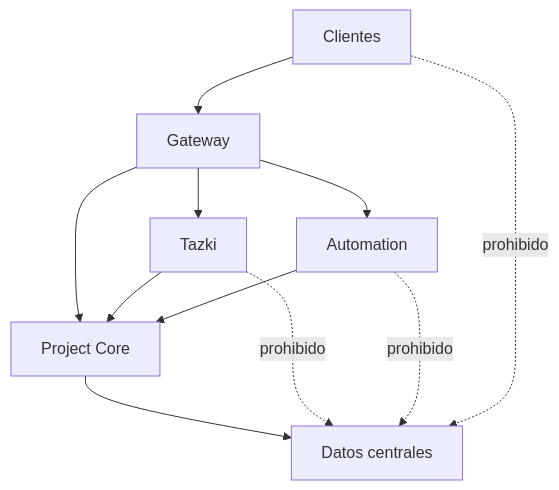
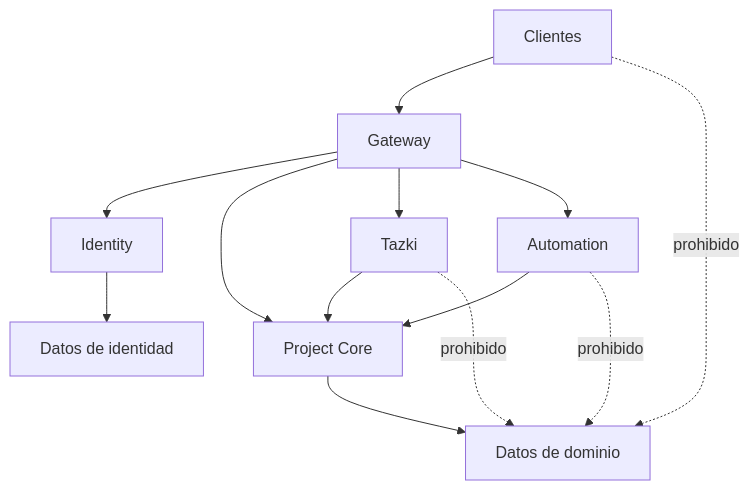
The second of 2 diagrams in docs/architecture/system-overview.md (DARONcin/tazkle), drawn with Mermaid before and after one commit. The commit also changed other lines of this file and 160 other files, not shown here.

````diff
--- a/docs/architecture/system-overview.md
+++ b/docs/architecture/system-overview.md
@@ -74,14 +87,16 @@
 ```mermaid
 flowchart TD
     CLIENT["Clientes"] --> GATEWAY["Gateway"]
+    GATEWAY --> IDENTITY["Identity"]
     GATEWAY --> CORE["Project Core"]
     GATEWAY --> TAZKI["Tazki"]
     GATEWAY --> AUTOMATION["Automation"]
     TAZKI --> CORE
     AUTOMATION --> CORE
-    CORE --> DATA["Datos centrales"]
+    CORE --> DATA["Datos de dominio"]
+    IDENTITY --> AUTHDATA["Datos de identidad"]
 
     TAZKI -. "prohibido" .-> DATA
     AUTOMATION -. "prohibido" .-> DATA
     CLIENT -. "prohibido" .-> DATA
 ```
````
